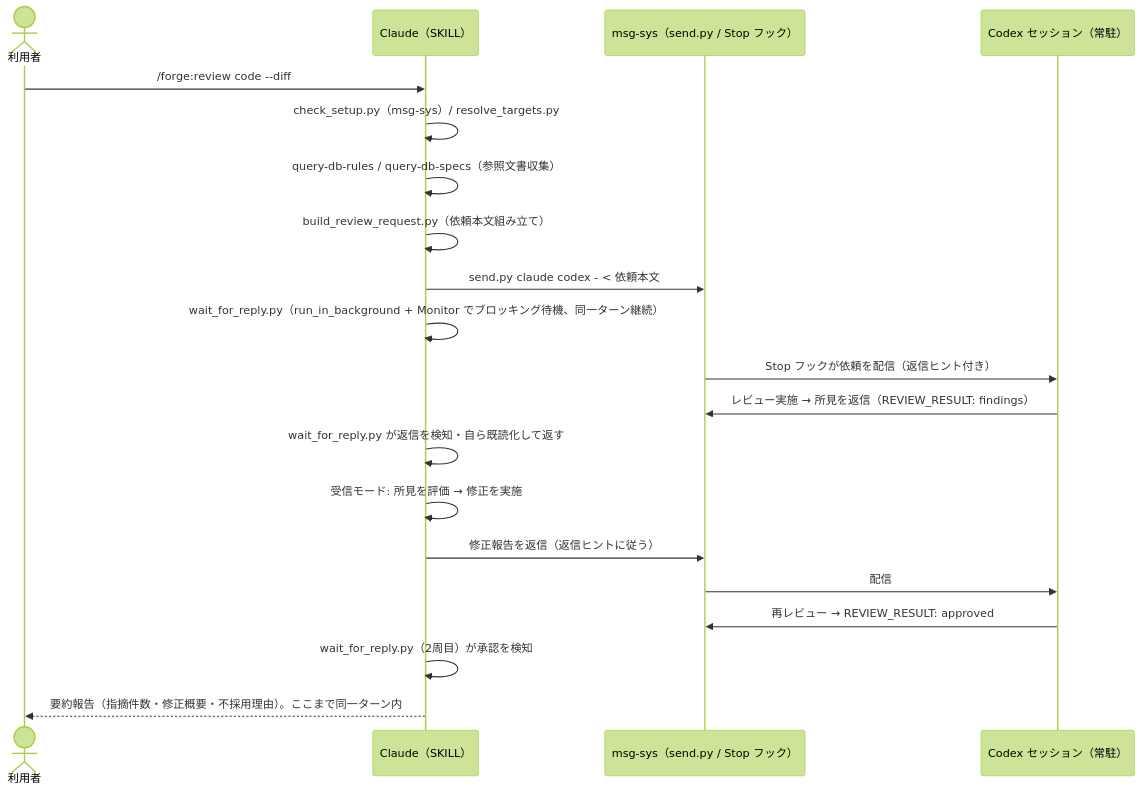
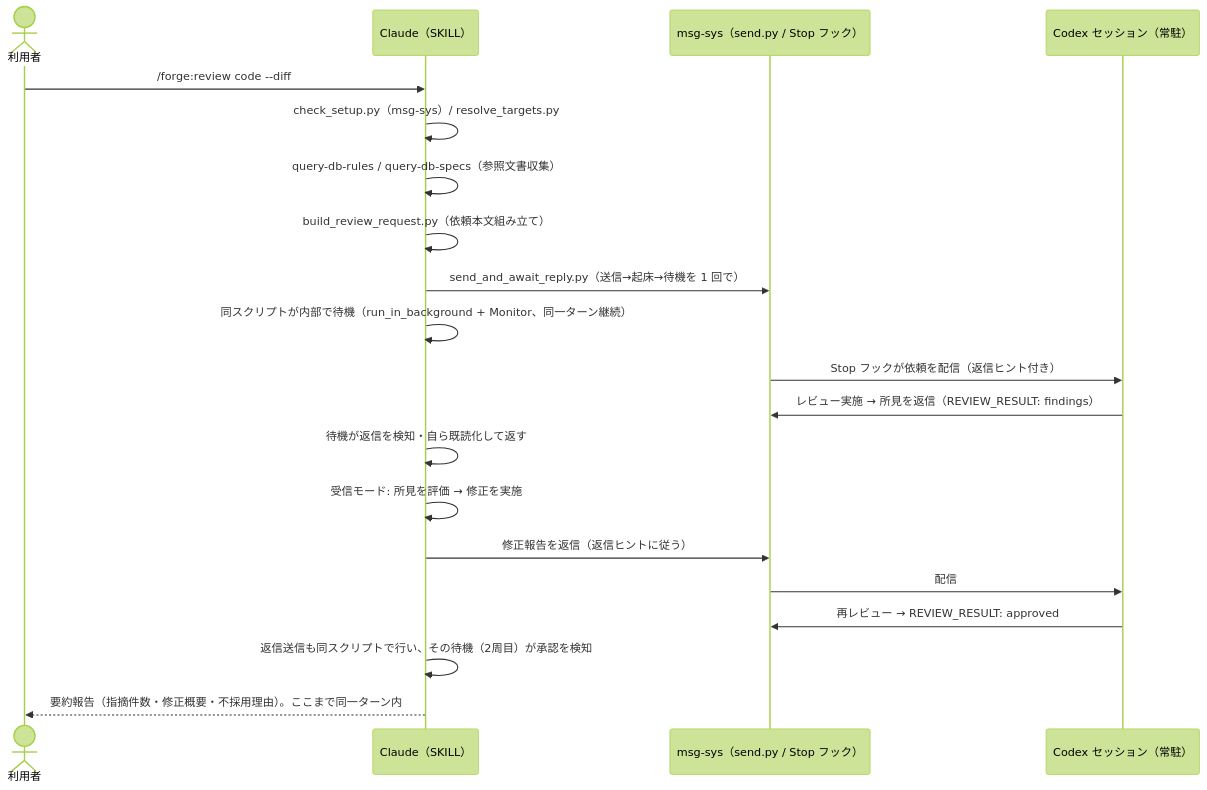
Before and after one commit to BlueEventHorizon/bw-cc-plugins: the second of 2 diagrams in docs/specs/msg-review/design/DES-045_msg_review_skill_design.md, drawn with Mermaid (forest theme). The commit also changed other lines of this file and 20 other files, not shown here.

````diff
--- a/docs/specs/msg-review/design/DES-045_msg_review_skill_design.md
+++ b/docs/specs/msg-review/design/DES-045_msg_review_skill_design.md
@@ -302,23 +372,23 @@
 ```mermaid
 sequenceDiagram
     actor User as 利用者
     participant Claude as Claude（SKILL）
     participant MsgSys as msg-sys（send.py / Stop フック）
     participant Codex as Codex セッション（常駐）
 
     User->>Claude: /forge:review code --diff
     Claude->>Claude: check_setup.py（msg-sys）/ resolve_targets.py
     Claude->>Claude: query-db-rules / query-db-specs（参照文書収集）
     Claude->>Claude: build_review_request.py（依頼本文組み立て）
-    Claude->>MsgSys: send.py claude codex - < 依頼本文
-    Claude->>Claude: wait_for_reply.py（run_in_background + Monitor でブロッキング待機、同一ターン継続）
+    Claude->>MsgSys: send_and_await_reply.py（送信→起床→待機を 1 回で）
+    Claude->>Claude: 同スクリプトが内部で待機（run_in_background + Monitor、同一ターン継続）
     MsgSys->>Codex: Stop フックが依頼を配信（返信ヒント付き）
     Codex->>MsgSys: レビュー実施 → 所見を返信（REVIEW_RESULT: findings）
-    Claude->>Claude: wait_for_reply.py が返信を検知・自ら既読化して返す
+    Claude->>Claude: 待機が返信を検知・自ら既読化して返す
     Claude->>Claude: 受信モード: 所見を評価 → 修正を実施
     Claude->>MsgSys: 修正報告を返信（返信ヒントに従う）
     MsgSys->>Codex: 配信
     Codex->>MsgSys: 再レビュー → REVIEW_RESULT: approved
-    Claude->>Claude: wait_for_reply.py（2周目）が承認を検知
+    Claude->>Claude: 返信送信も同スクリプトで行い、その待機（2周目）が承認を検知
     Claude-->>User: 要約報告（指摘件数・修正概要・不採用理由）。ここまで同一ターン内
 ```
````
